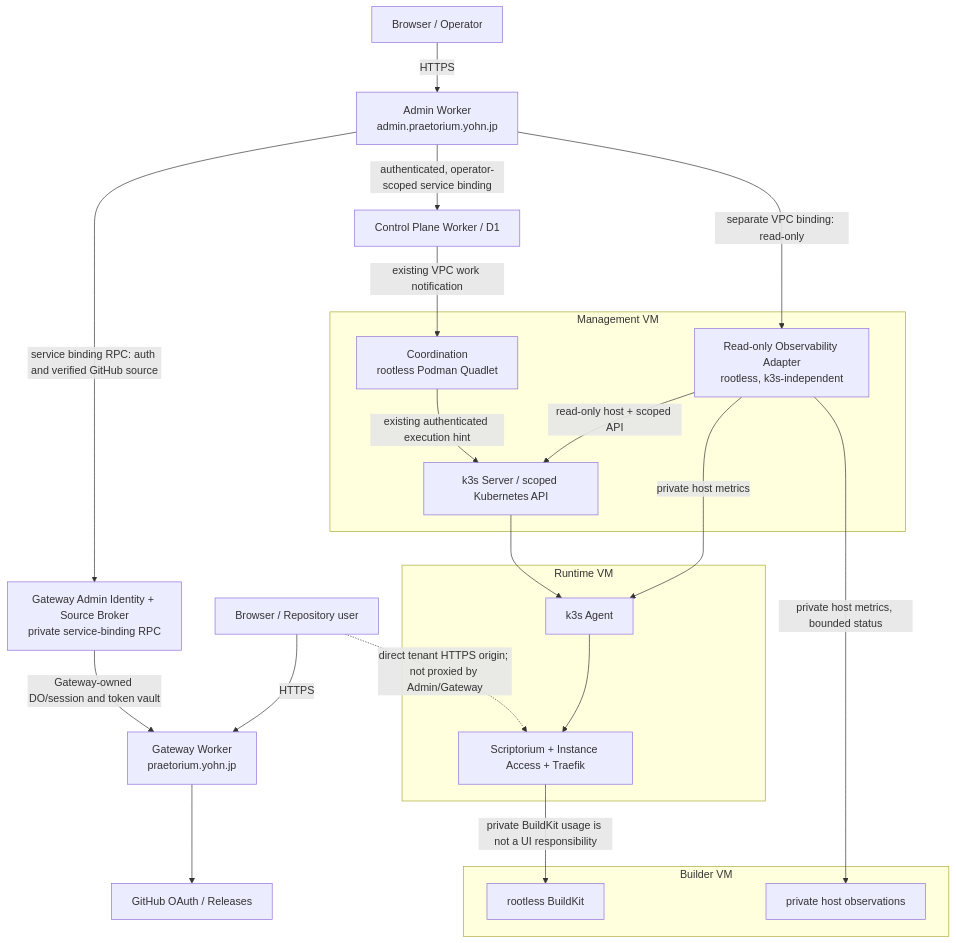
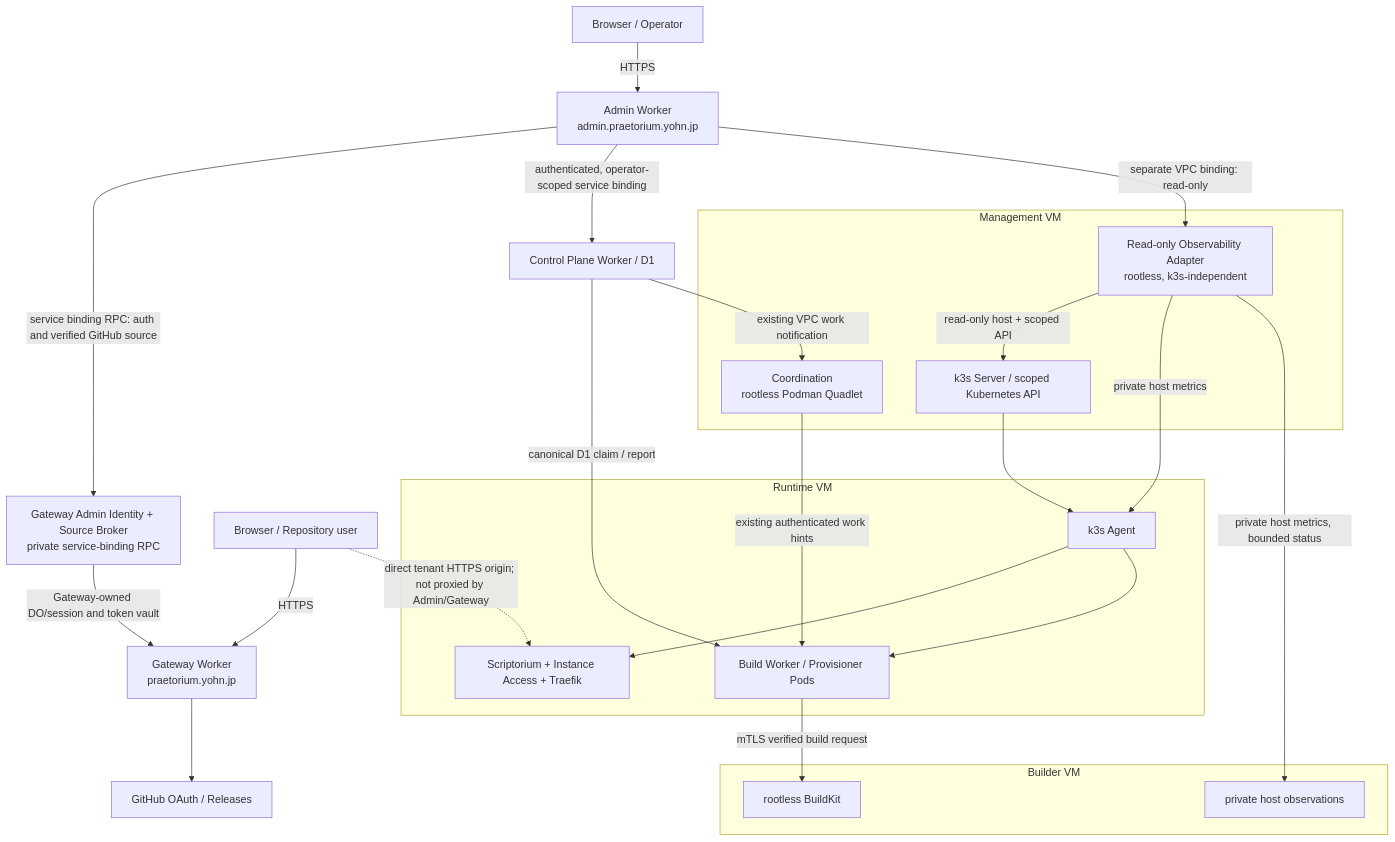
The diagram in docs/architecture/ADMINISTRATION.md (yohn-jp/praetorium), drawn with Mermaid before and after one commit. The commit also changed other lines of this file, not shown here.

Commit message:
docs(architecture): correct execution topology and pin Cloudflare RPC/VPC references

```diff
--- a/docs/architecture/ADMINISTRATION.md
+++ b/docs/architecture/ADMINISTRATION.md
@@ -39,39 +39,42 @@
 ~~~mermaid
 flowchart TB
     B[Browser / Operator]
     U[Browser / Repository user]
     A[Admin Worker<br/>admin.praetorium.yohn.jp]
     G[Gateway Worker<br/>praetorium.yohn.jp]
     CP[Control Plane Worker / D1]
     GH[GitHub OAuth / Releases]
     GA[Gateway Admin Identity + Source Broker<br/>private service-binding RPC]
     subgraph M[Management VM]
         OB[Read-only Observability Adapter<br/>rootless, k3s-independent]
         CO[Coordination<br/>rootless Podman Quadlet]
         KS[k3s Server / scoped Kubernetes API]
     end
     subgraph R[Runtime VM]
         KA[k3s Agent]
         SR[Scriptorium + Instance Access + Traefik]
+        BW[Build Worker / Provisioner Pods]
     end
     subgraph X[Builder VM]
         BK[rootless BuildKit]
         HE[private host observations]
     end
     B -->|HTTPS| A
     U -->|HTTPS| G
     A -->|service binding RPC: auth and verified GitHub source| GA
     GA -->|Gateway-owned DO/session and token vault| G
     G --> GH
     A -->|authenticated, operator-scoped service binding| CP
     A -->|separate VPC binding: read-only| OB
     CP -->|existing VPC work notification| CO
     OB -->|read-only host + scoped API| KS
     OB -->|private host metrics| KA
     OB -->|private host metrics, bounded status| HE
-    CO -->|existing authenticated execution hint| KS
+    CO -->|existing authenticated work hints| BW
+    CP -->|canonical D1 claim / report| BW
     KS --> KA
     KA --> SR
-    SR -->|private BuildKit usage is not a UI responsibility| BK
+    KA --> BW
+    BW -->|mTLS verified build request| BK
     U -.->|direct tenant HTTPS origin; not proxied by Admin/Gateway| SR
 ~~~
```
